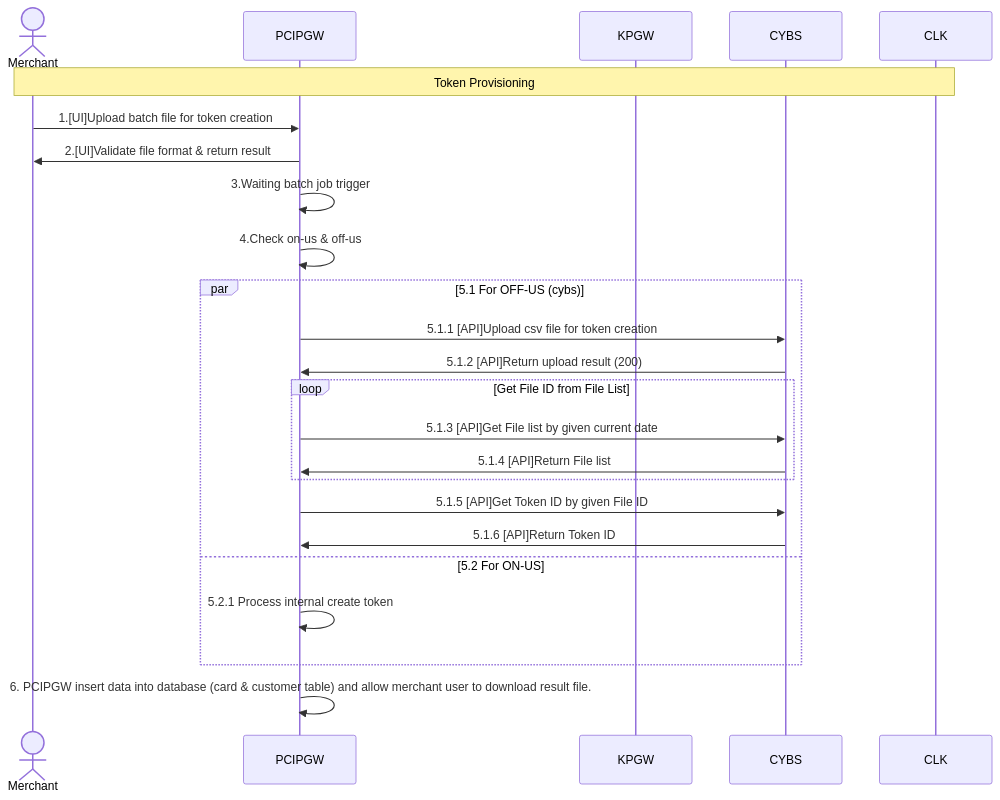
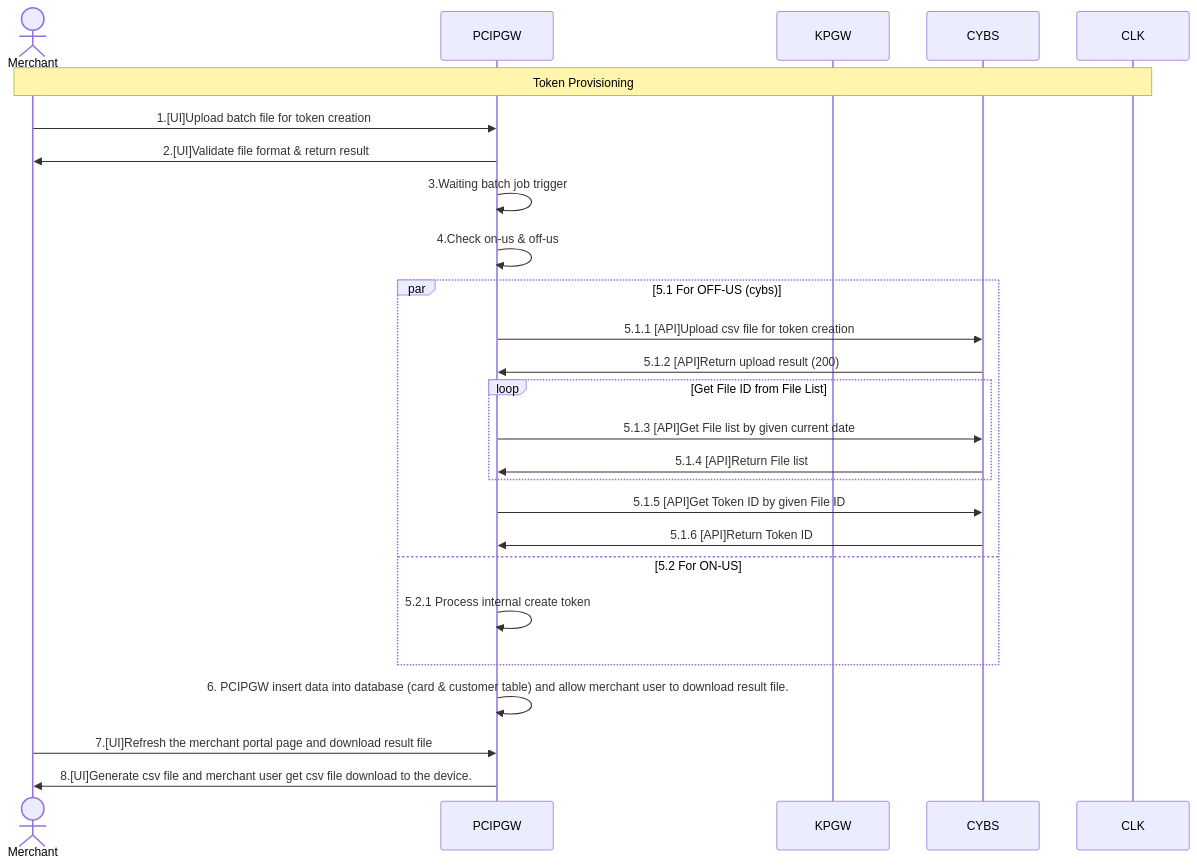
One commit to yuusuke25/MyNotes changed the first of 3 diagrams in RecurringTokenFlow.md. Above: the diagram before and after it, drawn with Mermaid.

````diff
--- a/RecurringTokenFlow.md
+++ b/RecurringTokenFlow.md
@@ -2,26 +2,28 @@
 ```mermaid
     sequenceDiagram
         Actor Merchant
         participant PCIPGW
         participant KPGW
         participant CYBS
         participant CLK
         Note over Merchant,CLK: Token Provisioning
         Merchant->>PCIPGW: 1.[UI]Upload batch file for token creation
         PCIPGW->>Merchant: 2.[UI]Validate file format & return result
         PCIPGW->>PCIPGW: 3.Waiting batch job trigger
         PCIPGW->>PCIPGW: 4.Check on-us & off-us
         par 5.1 For OFF-US (cybs)
           PCIPGW->>CYBS: 5.1.1 [API]Upload csv file for token creation
           CYBS->>PCIPGW: 5.1.2 [API]Return upload result (200)
           Loop Get File ID from File List
               PCIPGW->>CYBS: 5.1.3 [API]Get File list by given current date
               CYBS->>PCIPGW: 5.1.4 [API]Return File list
           end
           PCIPGW->>CYBS: 5.1.5 [API]Get Token ID by given File ID
           CYBS->>PCIPGW: 5.1.6 [API]Return Token ID
         and 5.2 For ON-US
           PCIPGW->>PCIPGW: 5.2.1 Process internal create token
         end
         PCIPGW->>PCIPGW: 6. PCIPGW insert data into database (card & customer table) and allow merchant user to download result file.
+        Merchant->>PCIPGW: 7.[UI]Refresh the merchant portal page and download result file
+        PCIPGW->>Merchant: 8.[UI]Generate csv file and merchant user get csv file download to the device.
 ```
````
